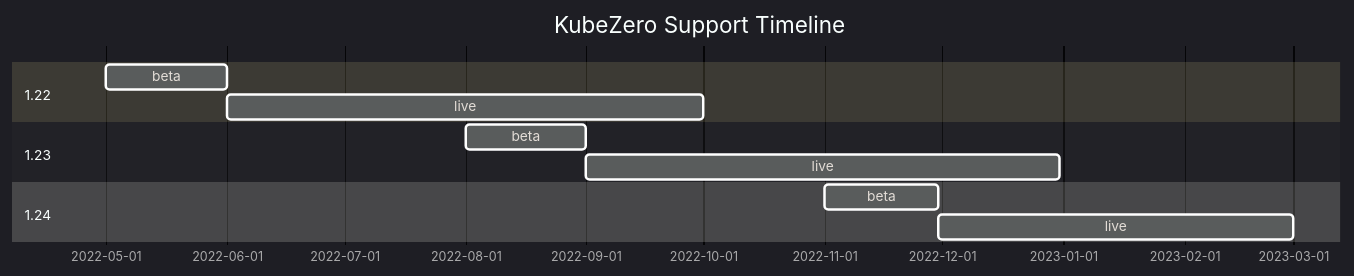
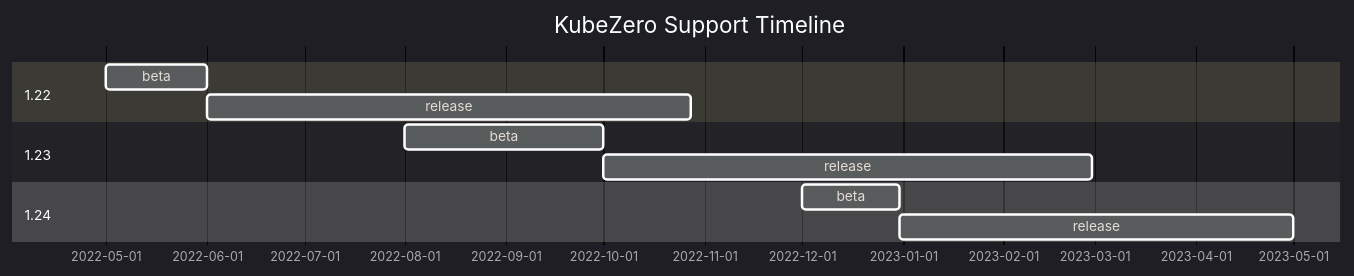
The diagram in README.md (Zero-Down-Time/kubezero), drawn with Mermaid before and after one commit.

Commit message:
doc: adjust dates

````diff
--- a/README.md
+++ b/README.md
@@ -26,15 +26,15 @@
 ```mermaid
 %%{init: {'theme':'dark'}}%%
 gantt
     title KubeZero Support Timeline
     dateFormat  YYYY-MM-DD
     section 1.22
     beta     :122b, 2022-05-01, 2022-06-01
-    live     :after 122b, 2022-10-01
+    release  :after 122b, 2022-10-28
     section 1.23
-    beta     :123b, 2022-08-01, 2022-09-01
-    live     :after 123b, 2022-12-31
+    beta     :123b, 2022-08-01, 2022-10-01
+    release  :after 123b, 2023-02-28
     section 1.24
-    beta     :124b, 2022-11-01, 2022-11-30
-    live     :after 124b, 2023-03-01
+    beta     :124b, 2022-12-01, 2022-12-31
+    release  :after 124b, 2023-05-01
 ```
````
